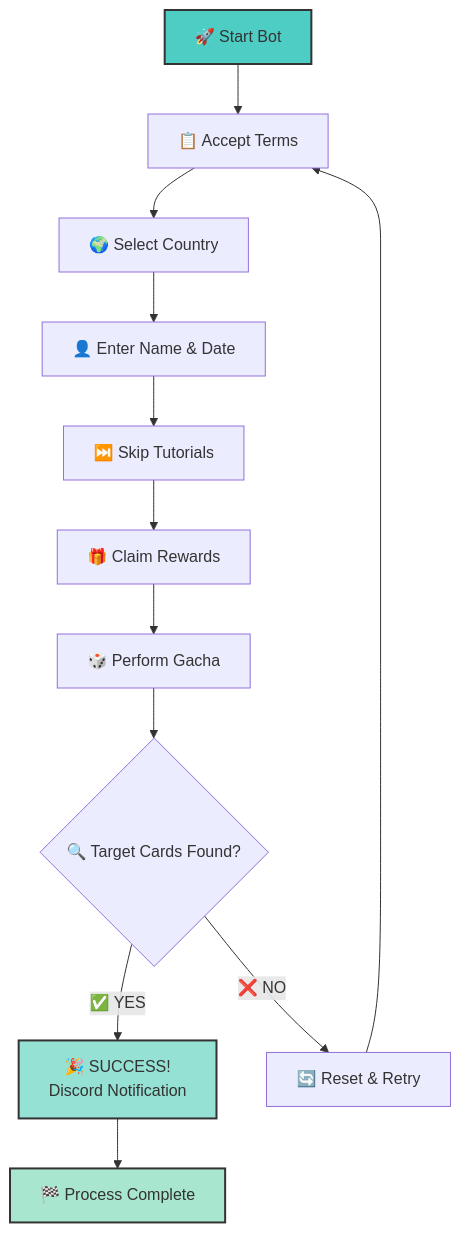
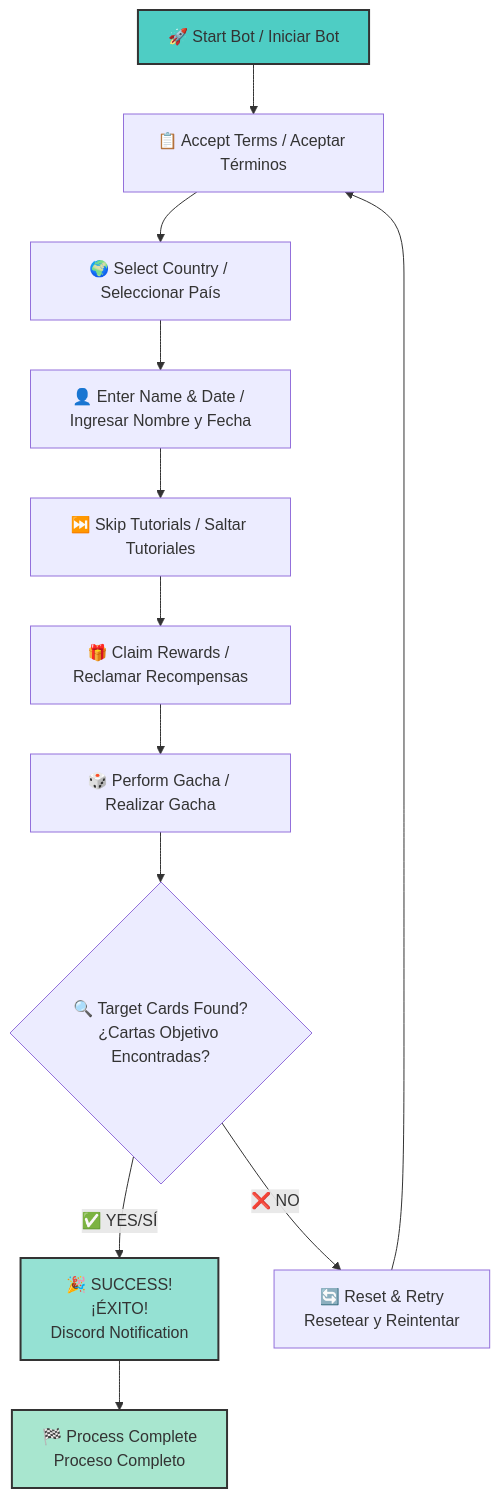
One commit to WualterS00/Umapyoi-AutoReroll changed the diagram in README.md. Above: the diagram before and after it, drawn with Mermaid. The commit also changed other lines of this file, not shown here.

````diff
--- a/README.md
+++ b/README.md
@@ -70,18 +101,18 @@
 ```mermaid
 flowchart TD
-    A[🚀 Start Bot] --> B[📋 Accept Terms]
-    B --> C[🌍 Select Country]
-    C --> D[👤 Enter Name & Date]
-    D --> E[⏭️ Skip Tutorials]
-    E --> F[🎁 Claim Rewards]
-    F --> G[🎲 Perform Gacha]
-    G --> H{🔍 Target Cards Found?}
-    H -->|✅ YES| I[🎉 SUCCESS!<br/>Discord Notification]
-    H -->|❌ NO| J[🔄 Reset & Retry]
+    A[🚀 Start Bot / Iniciar Bot] --> B[📋 Accept Terms / Aceptar Términos]
+    B --> C[🌍 Select Country / Seleccionar País]
+    C --> D[👤 Enter Name & Date / Ingresar Nombre y Fecha]
+    D --> E[⏭️ Skip Tutorials / Saltar Tutoriales]
+    E --> F[🎁 Claim Rewards / Reclamar Recompensas]
+    F --> G[🎲 Perform Gacha / Realizar Gacha]
+    G --> H{🔍 Target Cards Found?<br/>¿Cartas Objetivo Encontradas?}
+    H -->|✅ YES/SÍ| I[🎉 SUCCESS!<br/>¡ÉXITO!<br/>Discord Notification]
+    H -->|❌ NO| J[🔄 Reset & Retry<br/>Resetear y Reintentar]
     J --> B
-    I --> K[🏁 Process Complete]
+    I --> K[🏁 Process Complete<br/>Proceso Completo]
     
     style A fill:#4ECDC4,stroke:#333,stroke-width:2px
     style I fill:#95E1D3,stroke:#333,stroke-width:2px
     style K fill:#A8E6CF,stroke:#333,stroke-width:2px
 ```
````
